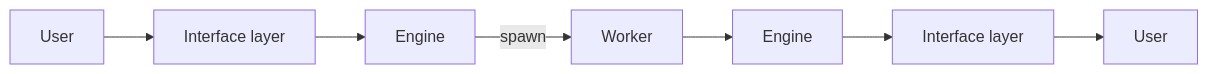
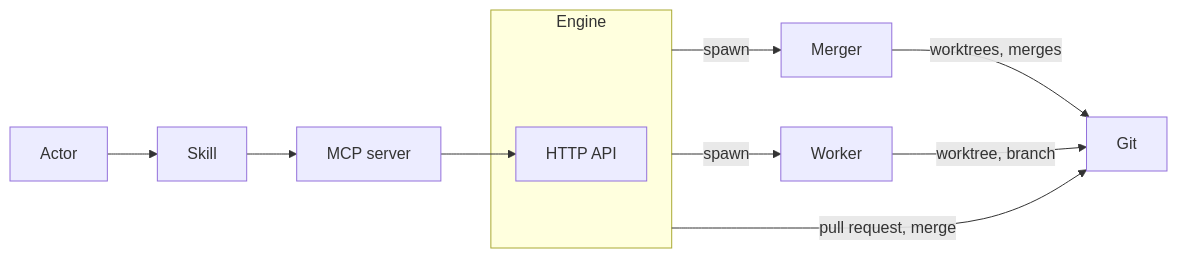
Before and after one commit to longlh/superteam: the first of 2 diagrams in docs/architecture.md, drawn with Mermaid. The commit also changed other lines of this file and 5 other files, not shown here.

First line of the commit message:
Move the details out of the architecture doc to match its level

````diff
--- a/docs/architecture.md
+++ b/docs/architecture.md
@@ -176,9 +154,13 @@
 ```mermaid
 flowchart LR
-    User --> I1[Interface layer]
-    I1 --> E1[Engine]
-    E1 -->|spawn| W[Worker]
-    W --> E2[Engine]
-    E2 --> I2[Interface layer]
-    I2 --> User2[User]
+    Actor --> Skill --> MCP[MCP server]
+    MCP --> API
+    subgraph Engine
+        API[HTTP API]
+    end
+    Engine -->|spawn| Merger
+    Engine -->|spawn| Worker
+    Merger -->|worktrees, merges| Git
+    Worker -->|worktree, branch| Git
+    Engine -->|pull request, merge| Git
 ```
````
